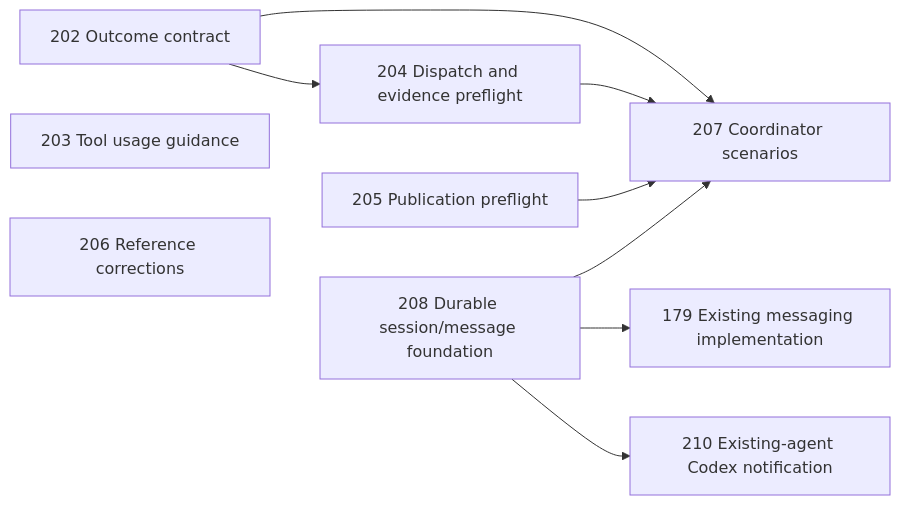
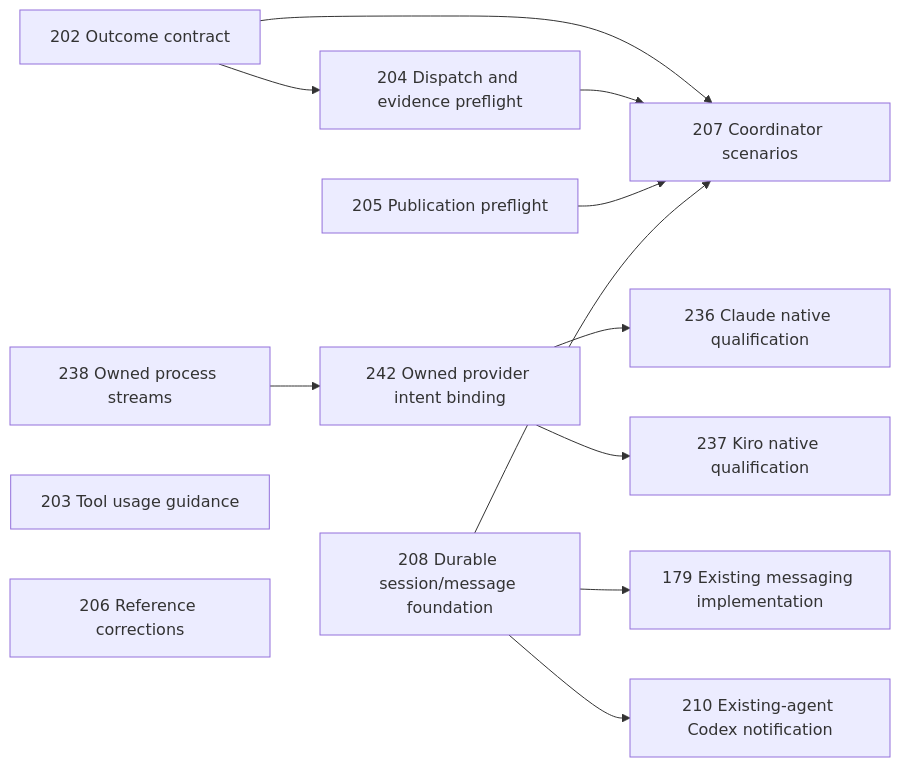
One commit to smileynet/grey-matter changed the first of 2 diagrams in docs/plan.md. Above: the diagram before and after it, drawn with Mermaid. The commit also changed other lines of this file, not shown here.

Commit message:
docs(plan): order remaining session messaging qualification

````diff
--- a/docs/plan.md
+++ b/docs/plan.md
@@ -236,12 +237,15 @@
 ```mermaid
 flowchart LR
   A202[202 Outcome contract] --> A204[204 Dispatch and evidence preflight]
   A202 --> A207[207 Coordinator scenarios]
   A204 --> A207
   A205[205 Publication preflight] --> A207
   A208[208 Durable session/message foundation] --> A179[179 Existing messaging implementation]
   A208 --> A210[210 Existing-agent Codex notification]
   A208 --> A207
+  A238[238 Owned process streams] --> A242[242 Owned provider intent binding]
+  A242 --> A236[236 Claude native qualification]
+  A242 --> A237[237 Kiro native qualification]
   A203[203 Tool usage guidance]
   A206[206 Reference corrections]
 ```
````
